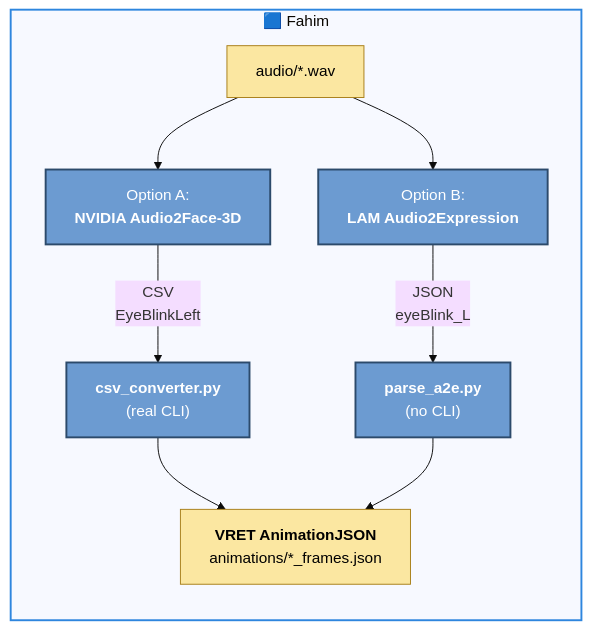
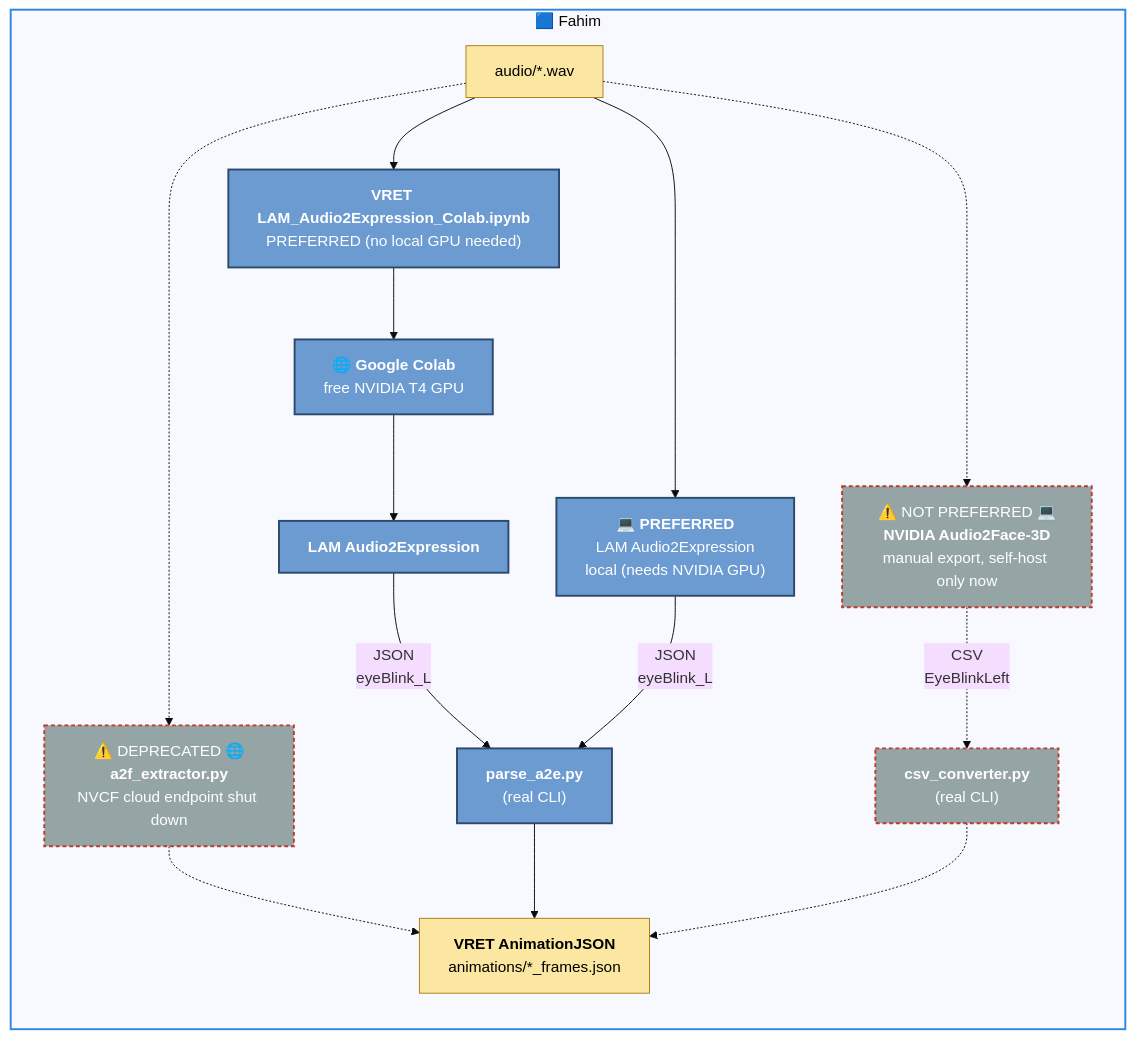
The fifth of 8 diagrams in docs/TECH_PIPELINE.md (SBU-VRET/VRET-Project), drawn with Mermaid (base theme) before and after one commit. The commit also changed other lines of this file and 20 other files, not shown here.

First line of the commit message:
Switch facial-animation pipeline to LAM Audio2Expression, fix camera start position

````diff
--- a/docs/TECH_PIPELINE.md
+++ b/docs/TECH_PIPELINE.md
@@ -167,15 +169,19 @@
 ```mermaid
 flowchart LR
     subgraph S4["🟦 Fahim"]
-    WAV["audio/*.wav"] --> A2F["Option A:<br/><b>NVIDIA Audio2Face-3D</b>"] -->|"CSV<br/>EyeBlinkLeft"| CSVConv["<b>csv_converter.py</b><br/>(real CLI)"]
-    WAV --> LAM["Option B:<br/><b>LAM Audio2Expression</b>"] -->|"JSON<br/>eyeBlink_L"| ParseA2E["<b>parse_a2e.py</b><br/>(no CLI)"]
-    CSVConv --> RuntimeJSON["<b>VRET AnimationJSON</b><br/>animations/*_frames.json"]
+    WAV["audio/*.wav"] --> LAMColabNB["<b>VRET LAM_Audio2Expression_Colab.ipynb</b><br/>PREFERRED (no local GPU needed)"] --> GoogleColab["🌐 <b>Google Colab</b><br/>free NVIDIA T4 GPU"] --> LAMColabTool["<b>LAM Audio2Expression</b>"] -->|"JSON<br/>eyeBlink_L"| ParseA2E["<b>parse_a2e.py</b><br/>(real CLI)"]
+    WAV --> LAMLocal["💻 <b>PREFERRED</b><br/>LAM Audio2Expression<br/>local (needs NVIDIA GPU)"] -->|"JSON<br/>eyeBlink_L"| ParseA2E
+    WAV -.-> A2FDirect["⚠️ DEPRECATED 🌐<br/><b>a2f_extractor.py</b><br/>NVCF cloud endpoint shut down"] -.-> RuntimeJSON["<b>VRET AnimationJSON</b><br/>animations/*_frames.json"]
+    WAV -.-> A2F["⚠️ NOT PREFERRED 💻<br/><b>NVIDIA Audio2Face-3D</b><br/>manual export, self-host only now"] -.->|"CSV<br/>EyeBlinkLeft"| CSVConv["<b>csv_converter.py</b><br/>(real CLI)"]
     ParseA2E --> RuntimeJSON
+    CSVConv -.-> RuntimeJSON
     end
 
     style S4 stroke:#2E86DE,stroke-width:2px
     classDef tool fill:#6c9bd1,stroke:#2c4a6b,stroke-width:2px,color:#fff;
+    classDef deprecated fill:#95a5a6,stroke:#c0392b,stroke-width:2px,color:#fff,stroke-dasharray: 4 3;
     classDef artifact fill:#fbe7a1,stroke:#a87f1a,stroke-width:1px,color:#000;
-    class A2F,LAM,CSVConv,ParseA2E tool
+    class LAMColabNB,GoogleColab,LAMColabTool,LAMLocal,ParseA2E tool
+    class A2F,A2FDirect,CSVConv deprecated
     class WAV,RuntimeJSON artifact
 ```
````
